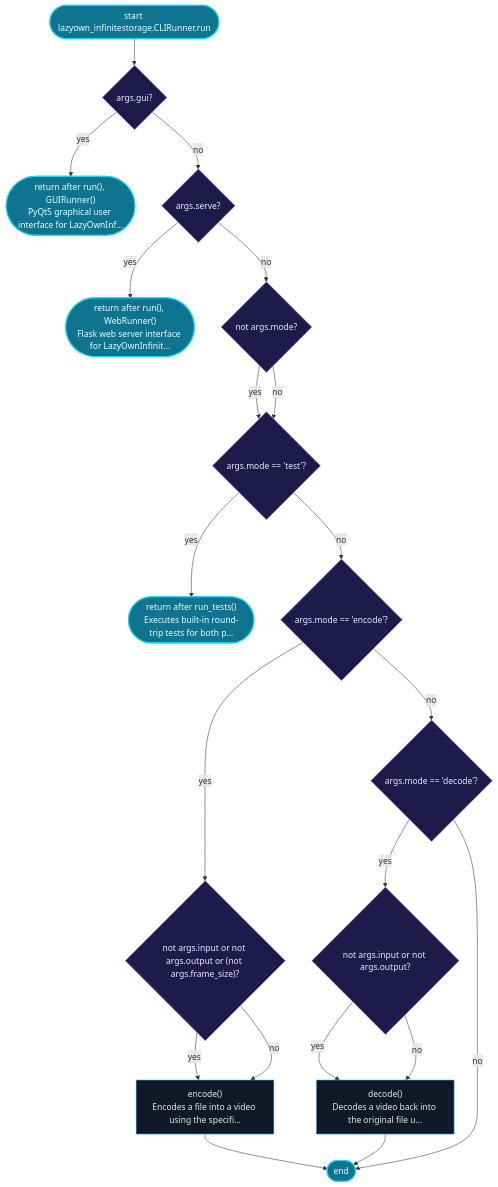
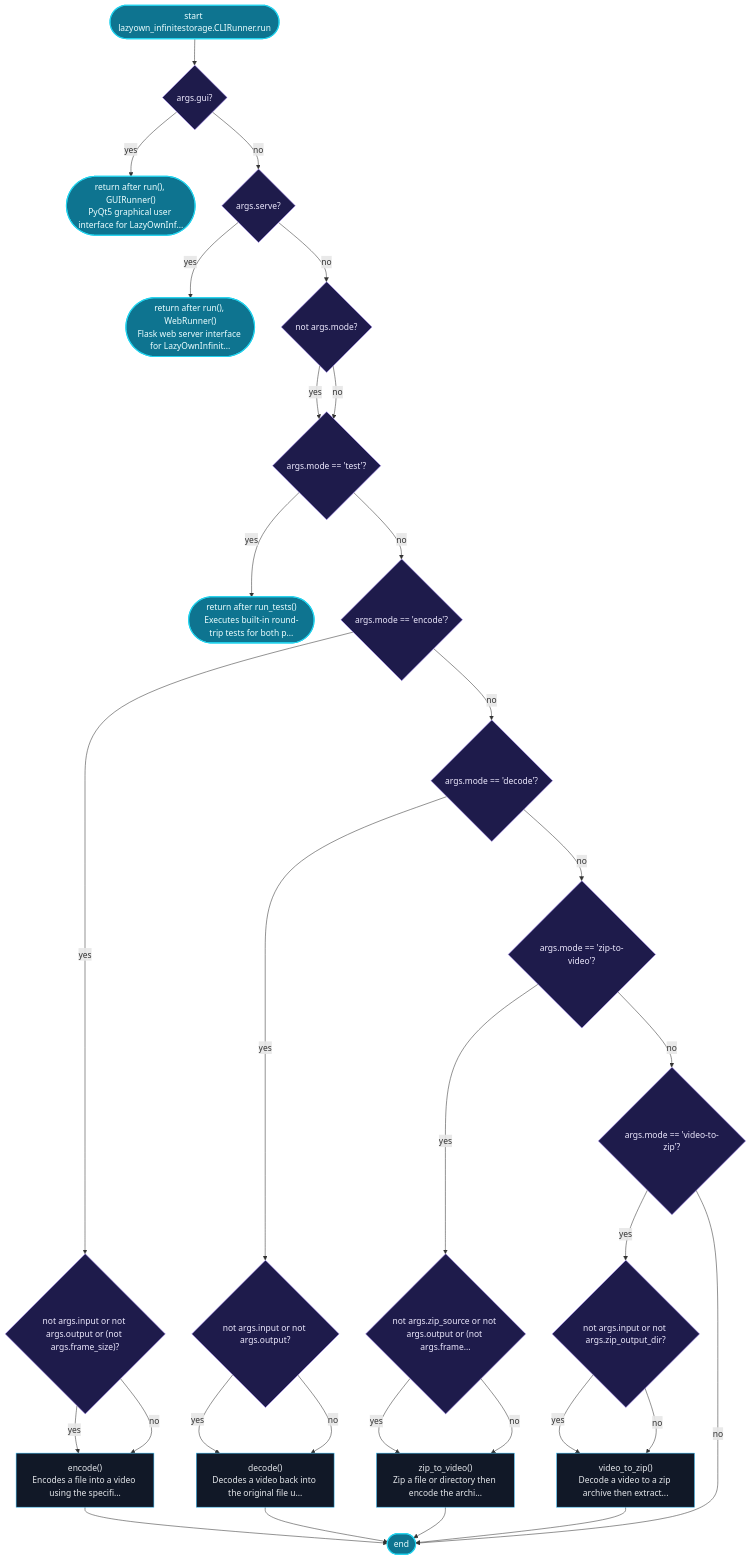
The second of 6 diagrams in readmenator-apidocs/architecture.md (grisuno/LazyOwnInfiniteStorage), drawn with Mermaid before and after one commit. The commit also changed other lines of this file and 86 other files, not shown here.

````diff
--- a/readmenator-apidocs/architecture.md
+++ b/readmenator-apidocs/architecture.md
@@ -31,40 +31,56 @@
 ```mermaid
 flowchart TB
     classDef decision fill:#1e1b4b,stroke:#a78bfa,color:#ede9fe;
     classDef default fill:#111827,stroke:#38bdf8,color:#e5e7eb;
     classDef entry fill:#0e7490,stroke:#22d3ee,color:#ecfeff,stroke-width:2px;
     n_s1(["start lazyown_infinitestorage.CLIRunner.run"]):::entry
     n_s2{"args.gui?"}:::decision
     n_s3(["return after run(), GUIRunner()<br/>PyQt5 graphical user interface for LazyOwnInf..."]):::entry
     n_s4{"args.serve?"}:::decision
     n_s5(["return after run(), WebRunner()<br/>Flask web server interface for LazyOwnInfinit..."]):::entry
     n_s6{"not args.mode?"}:::decision
     n_s7{"args.mode == 'test'?"}:::decision
     n_s8(["return after run_tests()<br/>Executes built-in round-trip tests for both p..."]):::entry
     n_s9{"args.mode == 'encode'?"}:::decision
     n_s10{"not args.input or not args.output or (not args.frame_size)?"}:::decision
     n_s11["encode()<br/>Encodes a file into a video using the specifi..."]:::default
     n_s12{"args.mode == 'decode'?"}:::decision
     n_s13{"not args.input or not args.output?"}:::decision
     n_s14["decode()<br/>Decodes a video back into the original file u..."]:::default
-    n_s15(["end"]):::entry
+    n_s15{"args.mode == 'zip-to-video'?"}:::decision
+    n_s16{"not args.zip_source or not args.output or (not args.frame..."}:::decision
+    n_s17["zip_to_video()<br/>Zip a file or directory then encode the archi..."]:::default
+    n_s18{"args.mode == 'video-to-zip'?"}:::decision
+    n_s19{"not args.input or not args.zip_output_dir?"}:::decision
+    n_s20["video_to_zip()<br/>Decode a video to a zip archive then extract..."]:::default
+    n_s21(["end"]):::entry
     n_s1 --> n_s2
     n_s2 -->|"yes"| n_s3
     n_s2 -->|"no"| n_s4
     n_s4 -->|"yes"| n_s5
     n_s4 -->|"no"| n_s6
     n_s6 -->|"yes"| n_s7
     n_s6 -->|"no"| n_s7
     n_s7 -->|"yes"| n_s8
     n_s7 -->|"no"| n_s9
     n_s9 -->|"yes"| n_s10
     n_s10 -->|"yes"| n_s11
     n_s10 -->|"no"| n_s11
     n_s9 -->|"no"| n_s12
     n_s12 -->|"yes"| n_s13
     n_s13 -->|"yes"| n_s14
     n_s13 -->|"no"| n_s14
-    n_s11 --> n_s15
-    n_s14 --> n_s15
     n_s12 -->|"no"| n_s15
+    n_s15 -->|"yes"| n_s16
+    n_s16 -->|"yes"| n_s17
+    n_s16 -->|"no"| n_s17
+    n_s15 -->|"no"| n_s18
+    n_s18 -->|"yes"| n_s19
+    n_s19 -->|"yes"| n_s20
+    n_s19 -->|"no"| n_s20
+    n_s11 --> n_s21
+    n_s14 --> n_s21
+    n_s17 --> n_s21
+    n_s20 --> n_s21
+    n_s18 -->|"no"| n_s21
 ```
````
